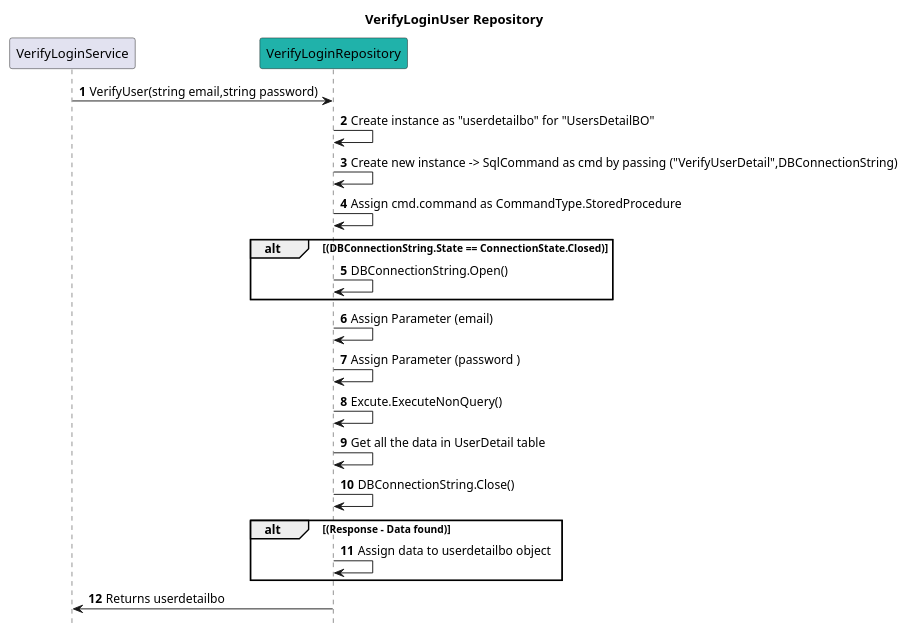
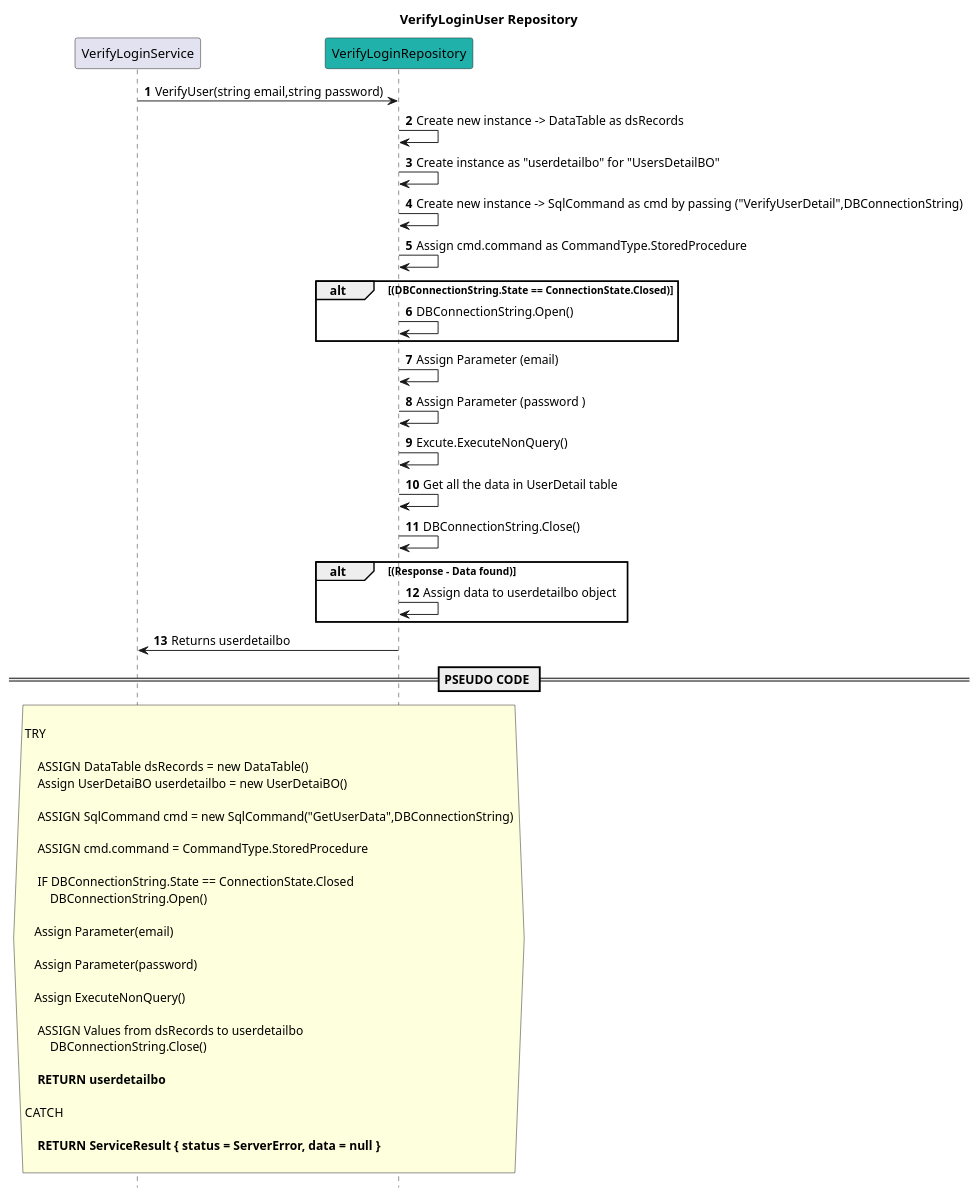
The diagram in RestaurantAPI/Repository/Design/LoginRepository/VerifyUser.puml (Hemarithika-tech/foodie-backend), drawn with PlantUML before and after one commit. The commit also changed 12 other files, not shown here.

```diff
--- a/RestaurantAPI/Repository/Design/LoginRepository/VerifyUser.puml
+++ b/RestaurantAPI/Repository/Design/LoginRepository/VerifyUser.puml
@@ -1,43 +1,78 @@
 @startuml
 
 title VerifyLoginUser Repository
 autonumber
 hide footbox
 
 participant VerifyLoginService
 participant  VerifyLoginRepository #LightSeaGreen
 
 
 
   VerifyLoginService->  VerifyLoginRepository : VerifyUser(string email,string password)
 
+  VerifyLoginRepository->  VerifyLoginRepository : Create new instance -> DataTable as dsRecords
+    
     VerifyLoginRepository-> VerifyLoginRepository: Create instance as "userdetailbo" for "UsersDetailBO"
 
      VerifyLoginRepository ->  VerifyLoginRepository : Create new instance -> SqlCommand as cmd by passing ("VerifyUserDetail",DBConnectionString)
 
     VerifyLoginRepository ->  VerifyLoginRepository : Assign cmd.command as CommandType.StoredProcedure
 
     
     alt (DBConnectionString.State == ConnectionState.Closed)
         VerifyLoginRepository ->  VerifyLoginRepository : DBConnectionString.Open()
     end
     
  VerifyLoginRepository -> VerifyLoginRepository : Assign Parameter (email)
     VerifyLoginRepository -> VerifyLoginRepository : Assign Parameter (password )
 
 VerifyLoginRepository -> VerifyLoginRepository : Excute.ExecuteNonQuery()
 
 
     VerifyLoginRepository-> VerifyLoginRepository: Get all the data in UserDetail table
     
     VerifyLoginRepository -> VerifyLoginRepository : DBConnectionString.Close()
 
 alt (Response - Data found)
     VerifyLoginRepository-> VerifyLoginRepository:  Assign data to userdetailbo object
     
     end
 
    VerifyLoginRepository -> VerifyLoginService: Returns userdetailbo
 
+== PSEUDO CODE ==
+
+hnote across
+
+TRY
+
+    ASSIGN DataTable dsRecords = new DataTable()
+    Assign UserDetaiBO userdetailbo = new UserDetaiBO()
+
+    ASSIGN SqlCommand cmd = new SqlCommand("GetUserData",DBConnectionString)
+    
+    ASSIGN cmd.command = CommandType.StoredProcedure
+    
+    IF DBConnectionString.State == ConnectionState.Closed
+        DBConnectionString.Open()
+
+   Assign Parameter(email)
+
+   Assign Parameter(password)
+   
+   Assign ExecuteNonQuery()
+
+    ASSIGN Values from dsRecords to userdetailbo
+        DBConnectionString.Close()
+
+    **RETURN userdetailbo**
+
+CATCH
+
+    **RETURN ServiceResult { status = ServerError, data = null }**
+    
+end note
+
 
 @enduml
```
